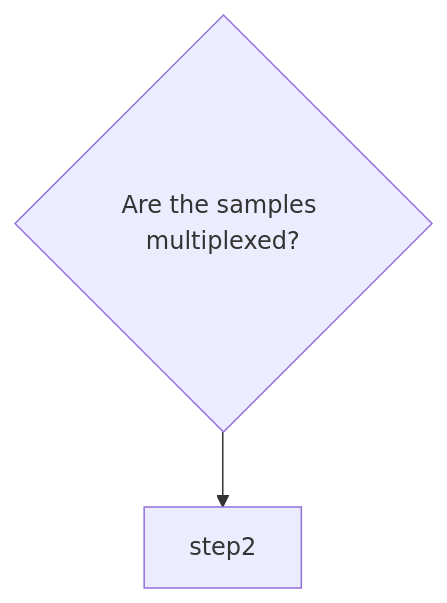
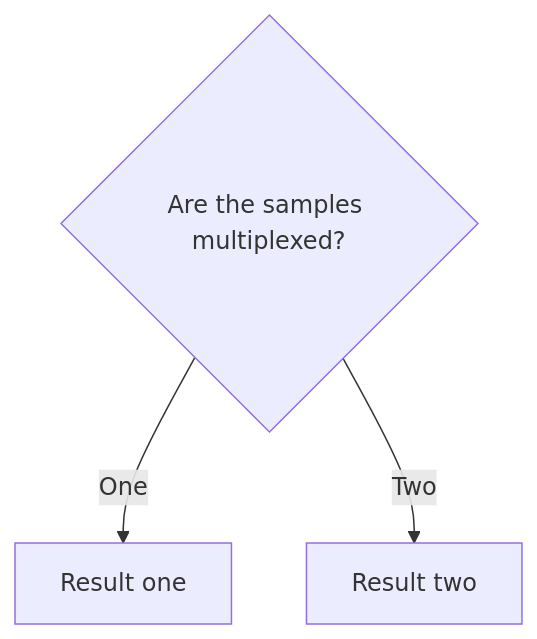
The diagram in docs/usage.md (chelauk/nf-core-demultiplex-methylation), drawn with Mermaid before and after one commit.

````diff
--- a/docs/usage.md
+++ b/docs/usage.md
@@ -7,5 +7,6 @@
 ```mermaid
 flowchart TD
 step1{Are the samples multiplexed?}
-step1-->step2
+step1 -->|One| D[Result one]
+step1 -->|Two| E[Result two]
 ```
````
